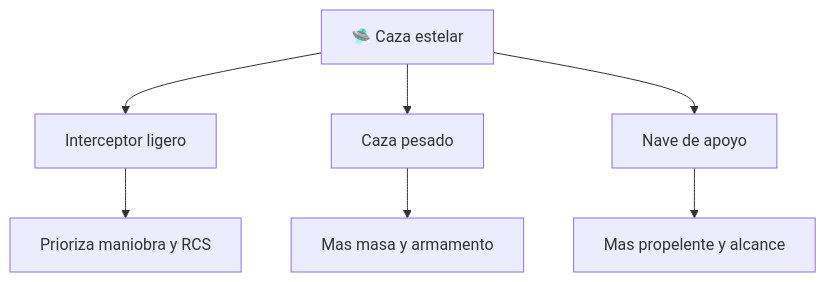
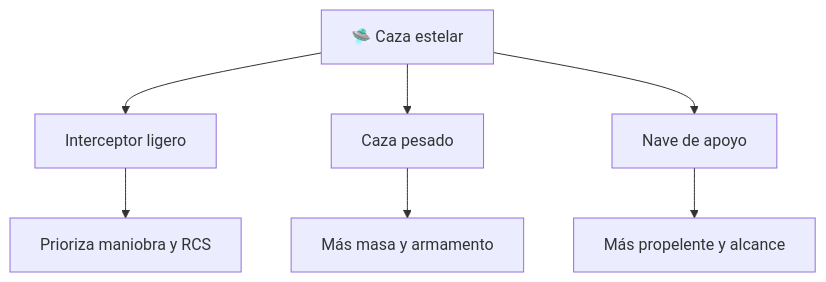
Before and after one commit to vladimiracunadev-create/machine-operator-program: the diagram in vehiculos-fantasticos/caza-estelar/operacion/caracteristicas-caza-estelar.md, drawn with Mermaid. The commit also changed other lines of this file and 442 other files, not shown here.

````diff
--- a/vehiculos-fantasticos/caza-estelar/operacion/caracteristicas-caza-estelar.md
+++ b/vehiculos-fantasticos/caza-estelar/operacion/caracteristicas-caza-estelar.md
@@ -37,9 +37,9 @@
 ```mermaid
 flowchart TD
     Caza[🛸 Caza estelar] --> Ligero[Interceptor ligero]
     Caza --> Pesado[Caza pesado]
     Caza --> Apoyo[Nave de apoyo]
     Ligero --> Agil[Prioriza maniobra y RCS]
-    Pesado --> Blindaje[Mas masa y armamento]
-    Apoyo --> Autonomia[Mas propelente y alcance]
+    Pesado --> Blindaje[Más masa y armamento]
+    Apoyo --> Autonomia[Más propelente y alcance]
 ```
````
